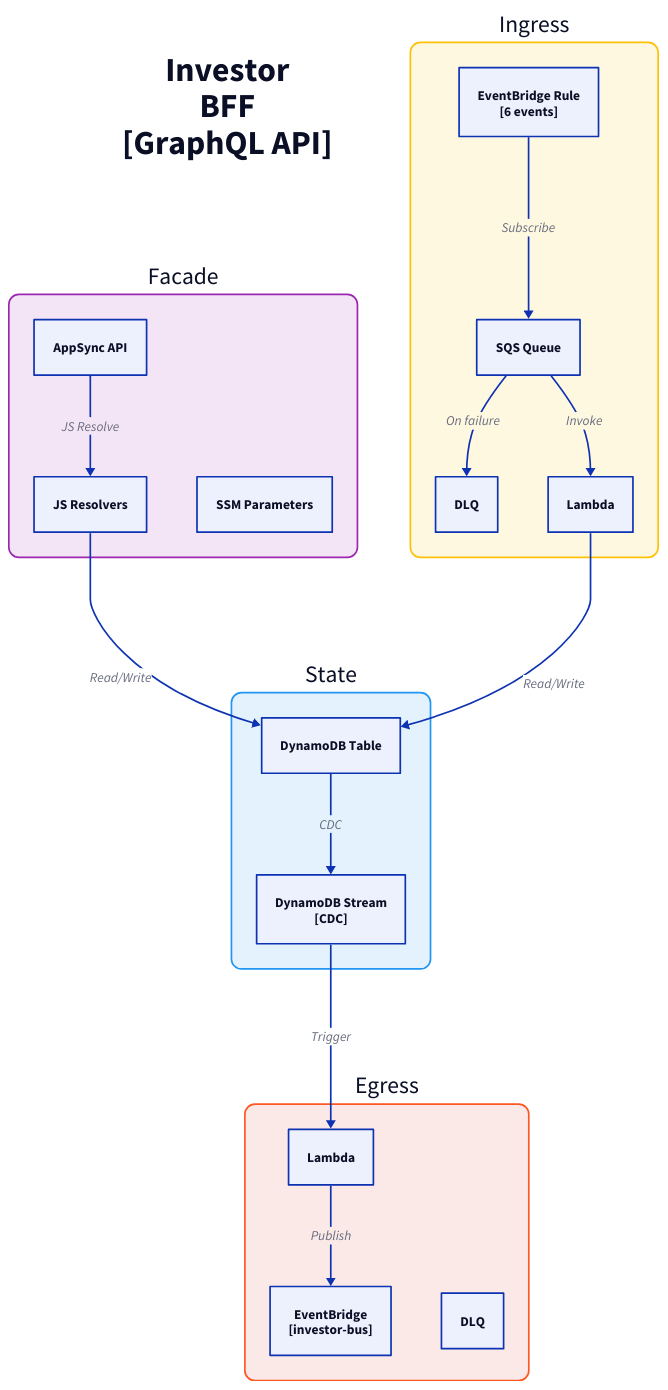
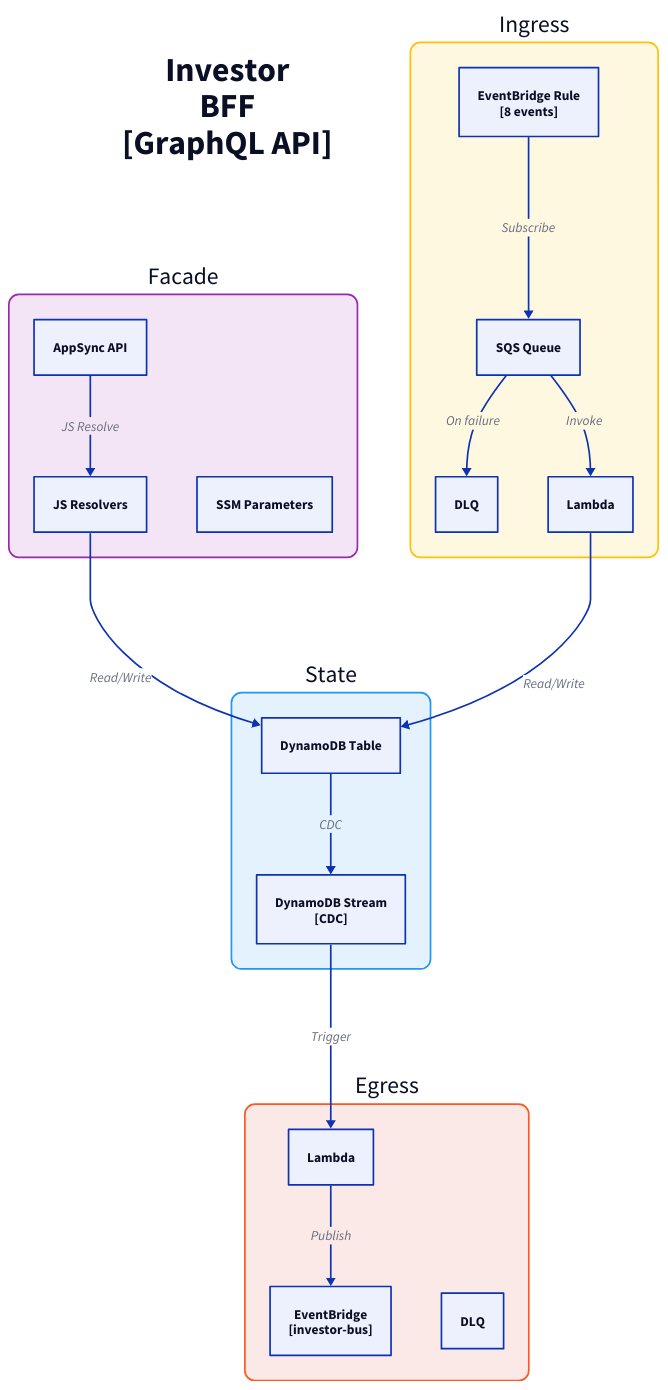
Before and after one commit to fabio-vitali/nestfolio: the diagram in docs/architecture/c3/investor-bff.d2, drawn with D2. The commit also changed 17 other files, not shown here.

First line of the commit message:
docs(c4): regenerate diagrams after advisory agent tool refactor

```diff
--- a/docs/architecture/c3/investor-bff.d2
+++ b/docs/architecture/c3/investor-bff.d2
@@ -1,46 +1,46 @@
 direction: down
 
 title: "Investor\nBFF\n[GraphQL API]" {
   style: { font-size: 40; bold: true; fill: transparent; stroke: transparent }
 }
 
 facade: "Facade" {
   style: { fill: "#F3E5F5"; stroke: "#9C27B0"; border-radius: 12; font-size: 28 }
   appsync: "AppSync API" { class: aws-appsync }
   resolvers: "JS Resolvers" { class: aws-lambda }
   appsync -> resolvers: JS Resolve
   ssm: "SSM Parameters" { class: aws-ssm }
 }
 
 ingress: "Ingress" {
   style: { fill: "#FFF8E1"; stroke: "#FFC107"; border-radius: 12; font-size: 28 }
-  rule: "EventBridge Rule\n[6 events]" { class: aws-eventbridge }
+  rule: "EventBridge Rule\n[8 events]" { class: aws-eventbridge }
   sqs: "SQS Queue" { class: aws-sqs }
   dlq: "DLQ" { class: aws-dlq }
   handler: "Lambda" { class: aws-lambda }
 
   rule -> sqs: Subscribe
   sqs -> handler: Invoke
   sqs -> dlq: On failure
 }
 
 state: "State" {
   style: { fill: "#E3F2FD"; stroke: "#2196F3"; border-radius: 12; font-size: 28 }
   table: "DynamoDB Table" { class: aws-dynamodb }
   stream: "DynamoDB Stream\n[CDC]" { class: aws-ddb-stream }
   table -> stream: CDC
 }
 
 egress: "Egress" {
   style: { fill: "#FBE9E7"; stroke: "#FF5722"; border-radius: 12; font-size: 28 }
   processor: "Lambda" { class: aws-lambda }
   bus: "EventBridge\n[investor-bus]" { class: aws-eventbridge }
   dlq: "DLQ" { class: aws-dlq }
 
   processor -> bus: Publish
 }
 
 # Flows
 facade.resolvers -> state.table: Read/Write
 ingress.handler -> state.table: Read/Write
 state.stream -> egress.processor: Trigger
```
